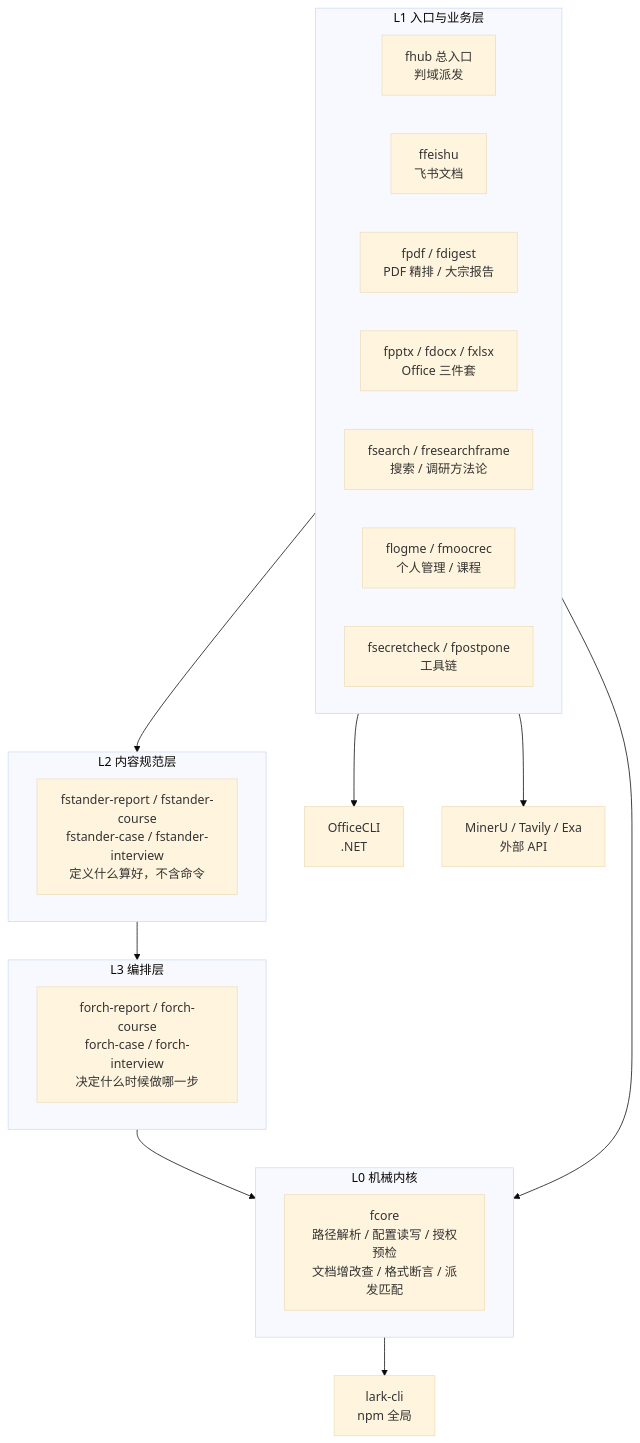
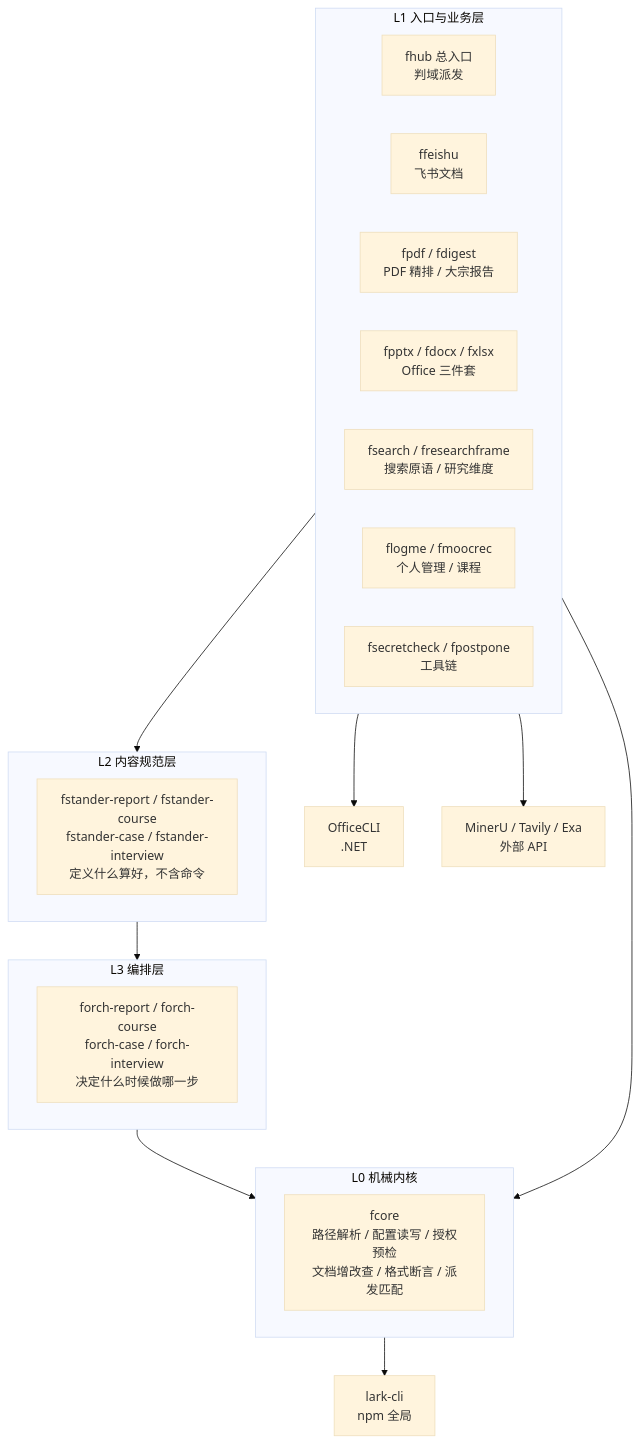
Before and after one commit to mengfanchun2017/skill: the first of 3 diagrams in README.md, drawn with Mermaid (base theme). The commit also changed other lines of this file and 5 other files, not shown here.

````diff
--- a/README.md
+++ b/README.md
@@ -42,37 +42,37 @@
 ```mermaid
 flowchart TB
     subgraph L1["L1 入口与业务层"]
         direction LR
         fhub["fhub 总入口<br/>判域派发"]
         feishu["ffeishu<br/>飞书文档"]
         pdf["fpdf / fdigest<br/>PDF 精排 / 大宗报告"]
         office["fpptx / fdocx / fxlsx<br/>Office 三件套"]
-        research["fsearch / fresearchframe<br/>搜索 / 调研方法论"]
+        research["fsearch / fresearchframe<br/>搜索原语 / 研究维度"]
         personal["flogme / fmoocrec<br/>个人管理 / 课程"]
         tool["fsecretcheck / fpostpone<br/>工具链"]
     end
 
     subgraph L2["L2 内容规范层"]
         fstander["fstander-report / fstander-course<br/>fstander-case / fstander-interview<br/>定义什么算好，不含命令"]
     end
 
     subgraph L3["L3 编排层"]
         forch["forch-report / forch-course<br/>forch-case / forch-interview<br/>决定什么时候做哪一步"]
     end
 
     subgraph L0["L0 机械内核"]
         fcore["fcore<br/>路径解析 / 配置读写 / 授权预检<br/>文档增改查 / 格式断言 / 派发匹配"]
     end
 
     L1 --> L2
     L2 --> L3
     L3 --> L0
     L1 --> L0
 
     ext1["lark-cli<br/>npm 全局"]
     ext2["OfficeCLI<br/>.NET"]
     ext3["MinerU / Tavily / Exa<br/>外部 API"]
     L0 --> ext1
     L1 --> ext2
     L1 --> ext3
 ```
````
